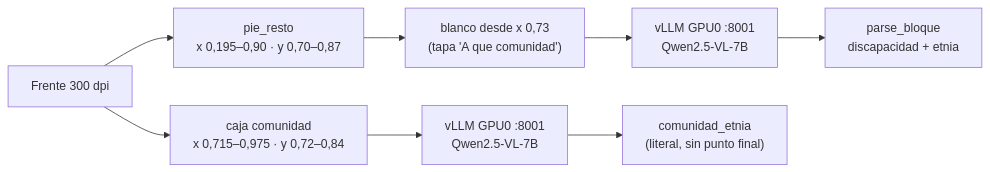
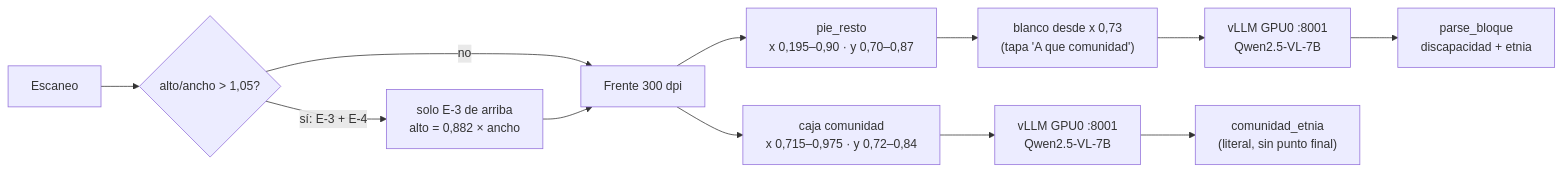
Before and after one commit to shell931/ov-ia-caso-1-e3-ocr-forms: the diagram in backup/lote2-e3v2-servidor/LEEME.md, drawn with Mermaid. The commit also changed other lines of this file and 2 other files, not shown here.

Commit message:
lote2: documentar páginas E-3+E-4 (solo E-3) y corrida 93.4%

````diff
--- a/backup/lote2-e3v2-servidor/LEEME.md
+++ b/backup/lote2-e3v2-servidor/LEEME.md
@@ -12,10 +15,14 @@
 ```mermaid
 flowchart LR
+    RAW["Escaneo"] --> NORM{"alto/ancho > 1,05?"}
+    NORM -- "sí: E-3 + E-4" --> CUT["solo E-3 de arriba\nalto = 0,882 × ancho"]
+    NORM -- no --> IMG
+    CUT --> IMG
     IMG["Frente 300 dpi"] --> CROP["pie_resto\nx 0,195–0,90 · y 0,70–0,87"]
     CROP --> WHITE["blanco desde x 0,73\n(tapa 'A que comunidad')"]
     WHITE --> VL["vLLM GPU0 :8001\nQwen2.5-VL-7B"]
     VL --> PARSE["parse_bloque\ndiscapacidad + etnia"]
     IMG --> CCROP["caja comunidad\nx 0,715–0,975 · y 0,72–0,84"]
     CCROP --> VL2["vLLM GPU0 :8001\nQwen2.5-VL-7B"]
     VL2 --> COM["comunidad_etnia\n(literal, sin punto final)"]
 ```
````
